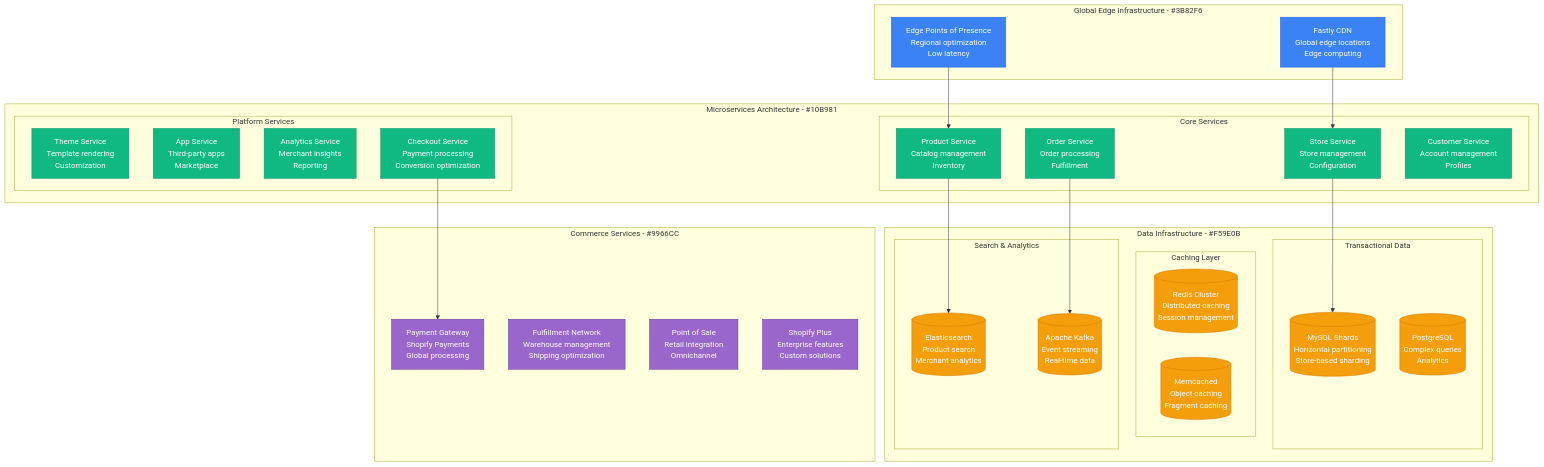
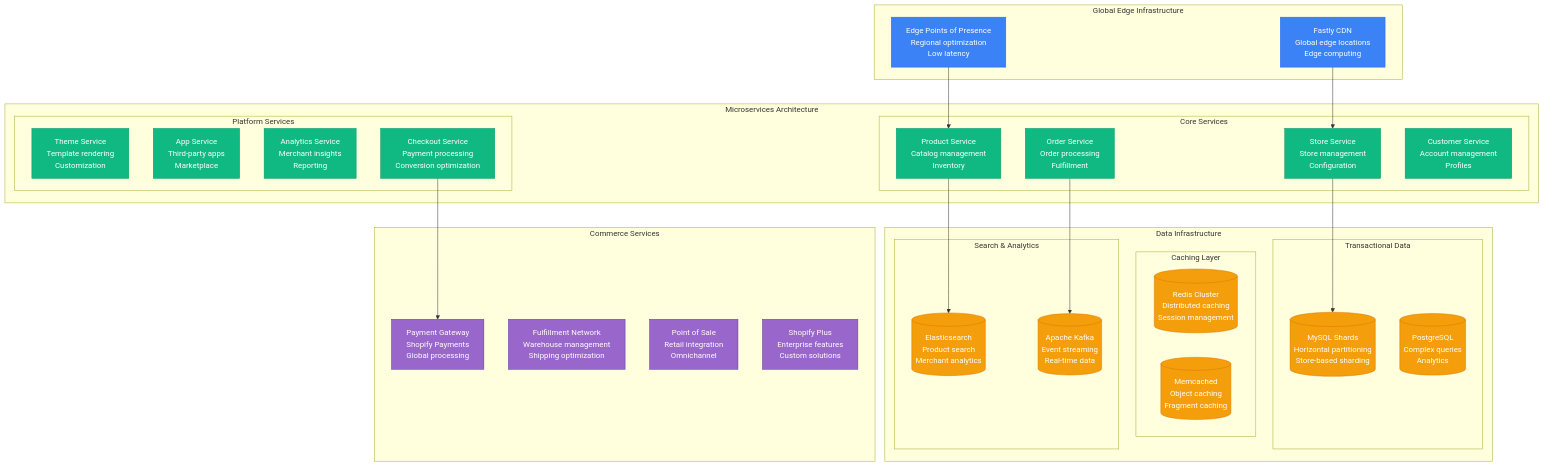
One commit to deepaucksharma/DS changed the third of 4 diagrams in site/docs/scaling/shopify-scale-evolution.md. Above: the diagram before and after it, drawn with Mermaid. The commit also changed other lines of this file and 169 other files, not shown here.

````diff
--- a/site/docs/scaling/shopify-scale-evolution.md
+++ b/site/docs/scaling/shopify-scale-evolution.md
@@ -123,64 +123,64 @@
 ```mermaid
 graph TB
-    subgraph GlobalEdge[Global Edge Infrastructure - #3B82F6]
+    subgraph GlobalEdge["Global Edge Infrastructure"]
         FASTLY[Fastly CDN<br/>Global edge locations<br/>Edge computing]
         EDGE_POP[Edge Points of Presence<br/>Regional optimization<br/>Low latency]
     end
 
-    subgraph MicroservicesCore[Microservices Architecture - #10B981]
+    subgraph MicroservicesCore["Microservices Architecture"]
         subgraph CoreServices[Core Services]
             STORE_SVC[Store Service<br/>Store management<br/>Configuration]
             PRODUCT_SVC[Product Service<br/>Catalog management<br/>Inventory]
             ORDER_SVC[Order Service<br/>Order processing<br/>Fulfillment]
             CUSTOMER_SVC[Customer Service<br/>Account management<br/>Profiles]
         end
 
         subgraph PlatformServices[Platform Services]
             THEME_SVC[Theme Service<br/>Template rendering<br/>Customization]
             APP_SVC[App Service<br/>Third-party apps<br/>Marketplace]
             ANALYTICS_SVC[Analytics Service<br/>Merchant insights<br/>Reporting]
             CHECKOUT_SVC[Checkout Service<br/>Payment processing<br/>Conversion optimization]
         end
     end
 
-    subgraph DataInfrastructure[Data Infrastructure - #F59E0B]
+    subgraph DataInfrastructure["Data Infrastructure"]
         subgraph TransactionalData[Transactional Data]
             MYSQL_SHARDS[(MySQL Shards<br/>Horizontal partitioning<br/>Store-based sharding)]
             POSTGRES[(PostgreSQL<br/>Complex queries<br/>Analytics)]
         end
 
         subgraph CachingLayer[Caching Layer]
             REDIS_CLUSTER[(Redis Cluster<br/>Distributed caching<br/>Session management)]
             MEMCACHED[(Memcached<br/>Object caching<br/>Fragment caching)]
         end
 
         subgraph SearchData[Search & Analytics]
             ELASTICSEARCH[(Elasticsearch<br/>Product search<br/>Merchant analytics)]
             KAFKA[(Apache Kafka<br/>Event streaming<br/>Real-time data)]
         end
     end
 
-    subgraph CommerceServices[Commerce Services - #9966CC]
+    subgraph CommerceServices["Commerce Services"]
         PAYMENT_GATEWAY[Payment Gateway<br/>Shopify Payments<br/>Global processing]
         FULFILLMENT[Fulfillment Network<br/>Warehouse management<br/>Shipping optimization]
         POS[Point of Sale<br/>Retail integration<br/>Omnichannel]
         PLUS[Shopify Plus<br/>Enterprise features<br/>Custom solutions]
     end
 
     FASTLY --> STORE_SVC
     EDGE_POP --> PRODUCT_SVC
     STORE_SVC --> MYSQL_SHARDS
     PRODUCT_SVC --> ELASTICSEARCH
     ORDER_SVC --> KAFKA
     CHECKOUT_SVC --> PAYMENT_GATEWAY
 
     classDef edgeStyle fill:#3B82F6,stroke:#2563EB,color:#fff
     classDef serviceStyle fill:#10B981,stroke:#059669,color:#fff
     classDef dataStyle fill:#F59E0B,stroke:#D97706,color:#fff
     classDef commerceStyle fill:#9966CC,stroke:#663399,color:#fff
 
     class FASTLY,EDGE_POP edgeStyle
     class STORE_SVC,PRODUCT_SVC,ORDER_SVC,CUSTOMER_SVC,THEME_SVC,APP_SVC,ANALYTICS_SVC,CHECKOUT_SVC serviceStyle
     class MYSQL_SHARDS,POSTGRES,REDIS_CLUSTER,MEMCACHED,ELASTICSEARCH,KAFKA dataStyle
     class PAYMENT_GATEWAY,FULFILLMENT,POS,PLUS commerceStyle
 ```
````
